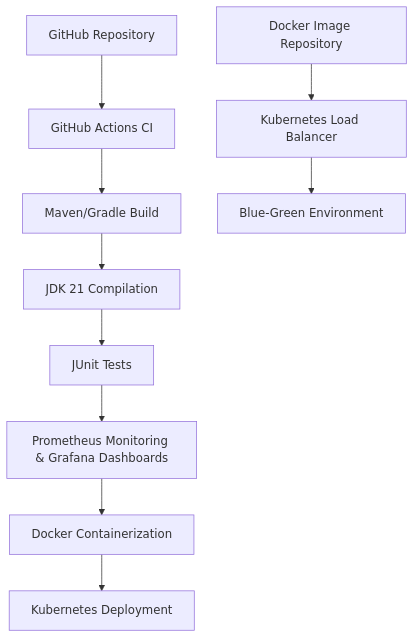
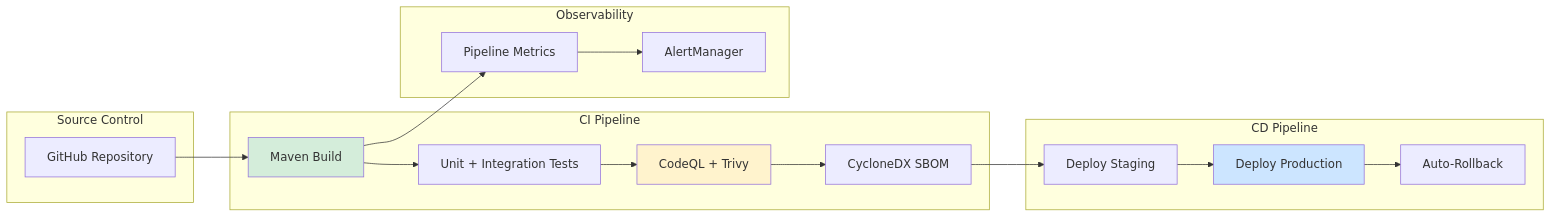
The second of 3 diagrams in _Review/ci_cd_completo_con_github_actions/ci_cd_completo_con_github_actions.md (Joaquinriosheredia/DAM-Java-Mastery), drawn with Mermaid before and after one commit. The commit also changed other lines of this file, not shown here.

Commit message:
ci_cd_completo_con_github_actions.md

````diff
--- a/_Review/ci_cd_completo_con_github_actions/ci_cd_completo_con_github_actions.md
+++ b/_Review/ci_cd_completo_con_github_actions/ci_cd_completo_con_github_actions.md
@@ -632,12 +161,38 @@
 ```mermaid
-graph TD
-    A[GitHub Repository] --> B[GitHub Actions CI]
-    B --> C[Maven/Gradle Build]
-    C --> D[JDK 21 Compilation]
-    D --> E[JUnit Tests]
-    E --> F[Prometheus Monitoring & Grafana Dashboards]
-    F --> G[Docker Containerization]
-    G --> H[Kubernetes Deployment]
-    I[Kubernetes Load Balancer] --> J[Blue-Green Environment]
-    K[Docker Image Repository] --> I
+graph LR
+    subgraph "Source Control"
+        GIT[GitHub Repository]
+    end
+    
+    subgraph "CI Pipeline"
+        BUILD[Maven Build]
+        TEST[Unit + Integration Tests]
+        SECURITY[CodeQL + Trivy]
+        SBOM[CycloneDX SBOM]
+    end
+    
+    subgraph "CD Pipeline"
+        STAGING[Deploy Staging]
+        PROD[Deploy Production]
+        ROLLBACK[Auto-Rollback]
+    end
+    
+    subgraph "Observability"
+        METRICS[Pipeline Metrics]
+        ALERTS[AlertManager]
+    end
+    
+    GIT --> BUILD
+    BUILD --> TEST
+    TEST --> SECURITY
+    SECURITY --> SBOM
+    SBOM --> STAGING
+    STAGING --> PROD
+    PROD --> ROLLBACK
+    BUILD --> METRICS
+    METRICS --> ALERTS
+    
+    style BUILD fill:#d4edda
+    style SECURITY fill:#fff3cd
+    style PROD fill:#cce5ff
 ```
````
